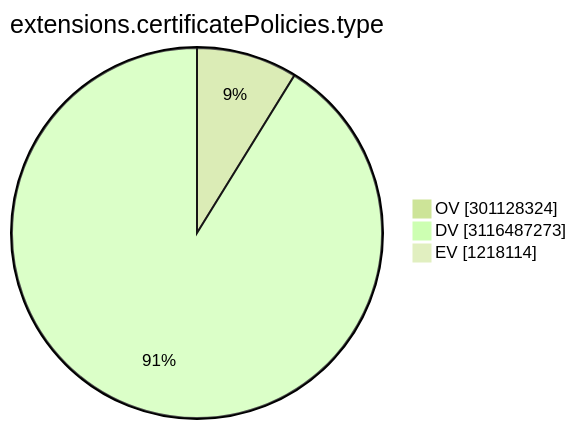
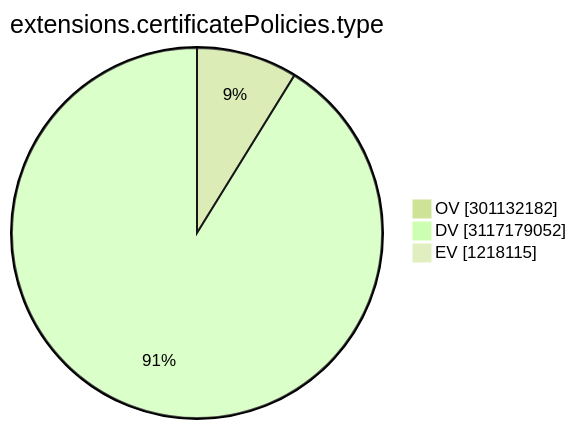
Before and after one commit to christiankrug/ctmonitor_visualization: the ninth of 15 diagrams in TOTAL/README.md, drawn with Mermaid (forest theme). The commit also changed other lines of this file, not shown here.

````diff
--- a/TOTAL/README.md
+++ b/TOTAL/README.md
@@ -3103,7 +3103,7 @@
 ```mermaid
 pie showData
 title extensions.certificatePolicies.type
-"OV" :301128324
-"DV" :3116487273
-"EV" :1218114
+"OV" :301132182
+"DV" :3117179052
+"EV" :1218115
 ```
````
